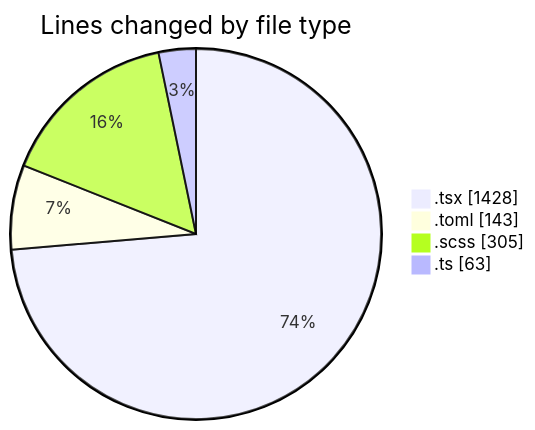
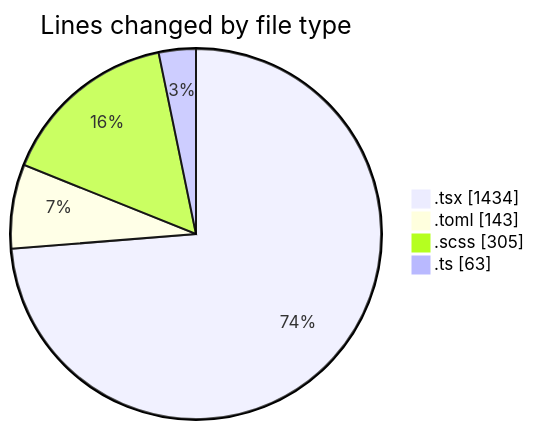
The first of 2 diagrams in 2026-11-02/cda/README.md (momahboobian/code-tracking), drawn with Mermaid before and after one commit. The commit also changed other lines of this file and 1 other file, not shown here.

````diff
--- a/2026-11-02/cda/README.md
+++ b/2026-11-02/cda/README.md
@@ -30,8 +30,8 @@
 ```mermaid
 pie showData
 title Lines changed by file type
-".tsx" : 1428
+".tsx" : 1434
 ".toml" : 143
 ".scss" : 305
 ".ts" : 63
 ```
````
